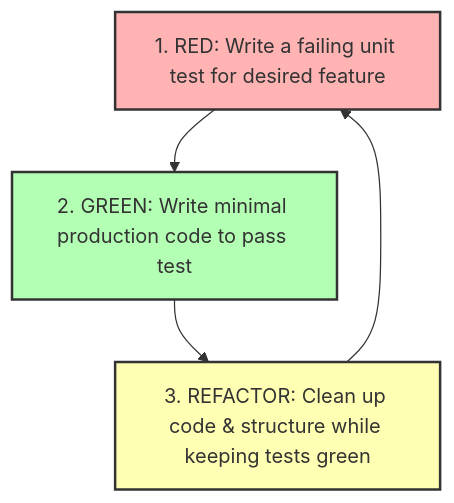
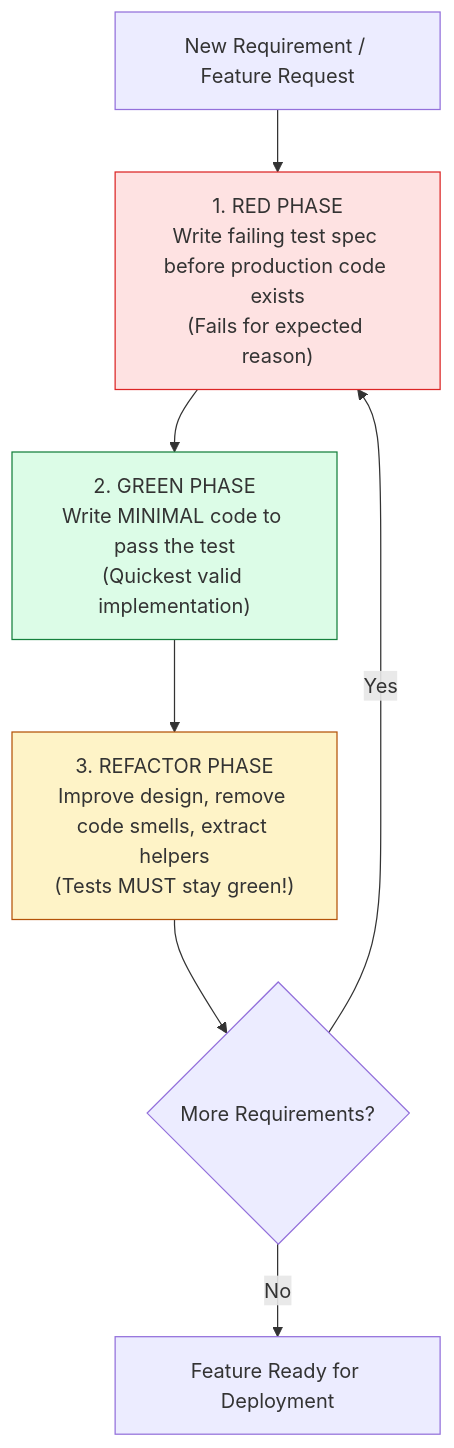
The first of 2 diagrams in js-testing/11-tdd-workflow.md (Amie-dev/engineering-playbook), drawn with Mermaid before and after one commit. The commit also changed other lines of this file and 14 other files, not shown here.

First line of the commit message:
refactor: Enhance integration testing documentation with detailed architecture, testing levels comparison, and code examples

````diff
--- a/js-testing/11-tdd-workflow.md
+++ b/js-testing/11-tdd-workflow.md
@@ -10,10 +18,16 @@
 ```mermaid
 flowchart TD
-    Red["1. RED: Write a failing unit test for desired feature"] --> Green["2. GREEN: Write minimal production code to pass test"]
-    Green --> Refactor["3. REFACTOR: Clean up code & structure while keeping tests green"]
-    Refactor --> Red
+    Start[New Requirement / Feature Request] --> Red["1. RED PHASE<br/>Write failing test spec before production code exists<br/>(Fails for expected reason)"]
     
-    style Red fill:#ffb3b3,stroke:#333,stroke-width:2px
-    style Green fill:#b3ffb3,stroke:#333,stroke-width:2px
-    style Refactor fill:#ffffb3,stroke:#333,stroke-width:2px
+    Red --> Green["2. GREEN PHASE<br/>Write MINIMAL code to pass the test<br/>(Quickest valid implementation)"]
+    
+    Green --> Refactor["3. REFACTOR PHASE<br/>Improve design, remove code smells, extract helpers<br/>(Tests MUST stay green!)"]
+    
+    Refactor --> NextReq{More Requirements?}
+    NextReq -- Yes --> Red
+    NextReq -- No --> Complete[Feature Ready for Deployment]
+
+    style Red fill:#fee2e2,stroke:#dc2626
+    style Green fill:#dcfce7,stroke:#15803d
+    style Refactor fill:#fef3c7,stroke:#b45309
 ```
````
